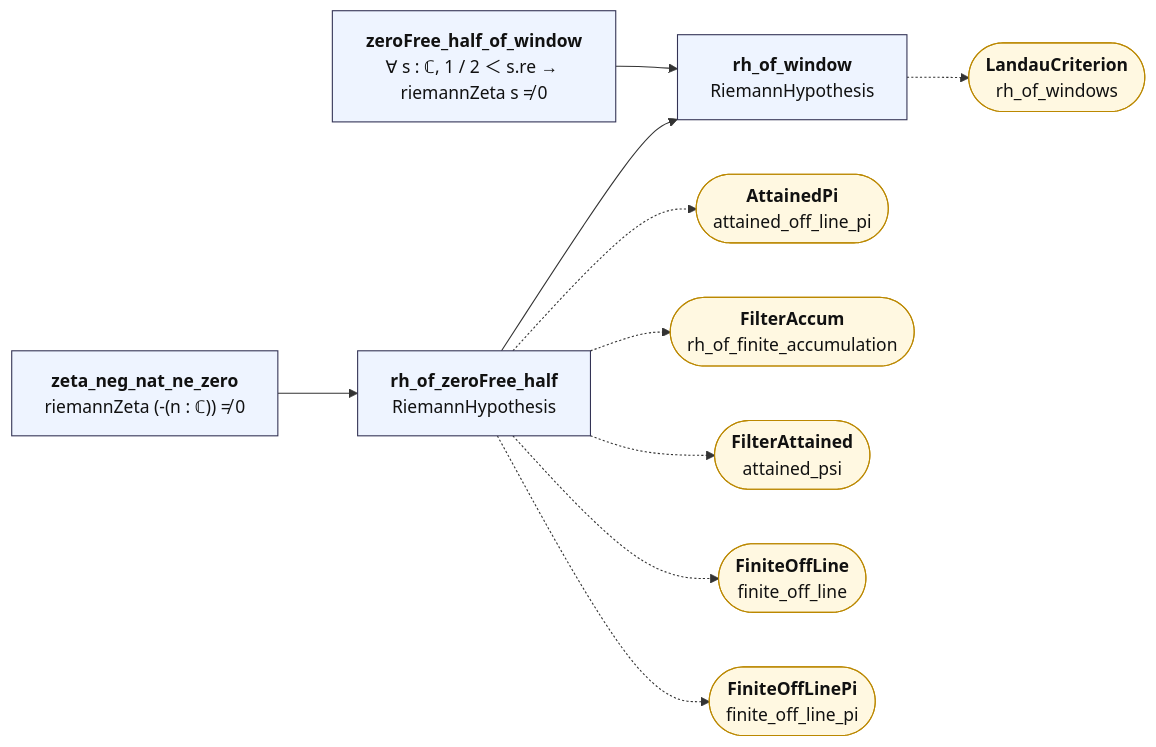
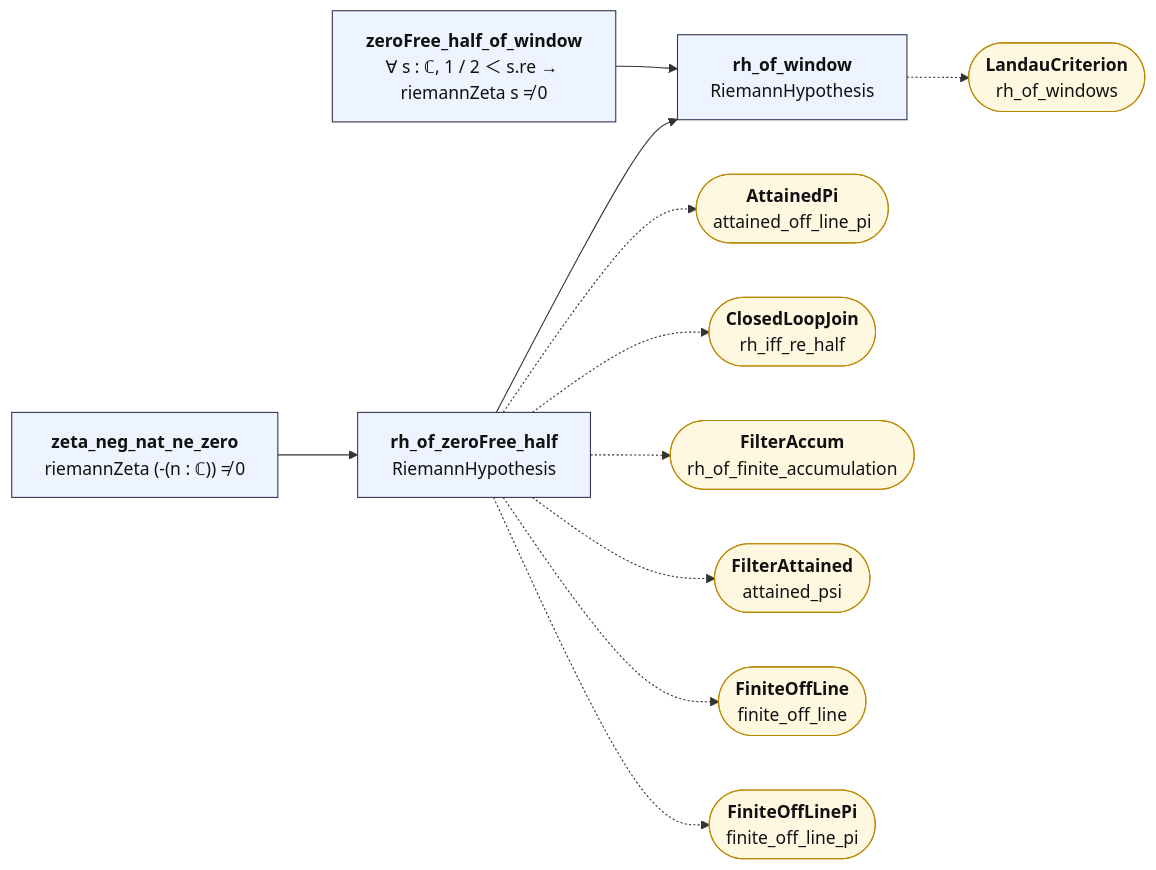
The diagram in map/lean_stage3/LandauWindow.md (juliansambranojr/Primebeat_081426), drawn with Mermaid before and after one commit. The commit also changed other lines of this file and 28 other files, not shown here.

````diff
--- a/map/lean_stage3/LandauWindow.md
+++ b/map/lean_stage3/LandauWindow.md
@@ -12,30 +12,32 @@
 ```mermaid
 flowchart LR
   n0["<b>zeta_neg_nat_ne_zero</b><br/>riemannZeta (-(n : ℂ)) ≠ 0"]:::thm
   n1["<b>rh_of_zeroFree_half</b><br/>RiemannHypothesis"]:::thm
   n2["<b>zeroFree_half_of_window</b><br/>∀ s : ℂ, 1 / 2 ＜ s.re → riemannZeta s ≠ 0"]:::thm
   n3["<b>rh_of_window</b><br/>RiemannHypothesis"]:::thm
   x0(["<b>AttainedPi</b><br/>attained_off_line_pi"]):::ext
-  x1(["<b>FilterAccum</b><br/>rh_of_finite_accumulation"]):::ext
-  x2(["<b>FilterAttained</b><br/>attained_psi"]):::ext
-  x3(["<b>FiniteOffLine</b><br/>finite_off_line"]):::ext
-  x4(["<b>FiniteOffLinePi</b><br/>finite_off_line_pi"]):::ext
-  x5(["<b>LandauCriterion</b><br/>rh_of_windows"]):::ext
+  x1(["<b>ClosedLoopJoin</b><br/>rh_iff_re_half"]):::ext
+  x2(["<b>FilterAccum</b><br/>rh_of_finite_accumulation"]):::ext
+  x3(["<b>FilterAttained</b><br/>attained_psi"]):::ext
+  x4(["<b>FiniteOffLine</b><br/>finite_off_line"]):::ext
+  x5(["<b>FiniteOffLinePi</b><br/>finite_off_line_pi"]):::ext
+  x6(["<b>LandauCriterion</b><br/>rh_of_windows"]):::ext
   n0 --> n1
   n1 --> n3
   n2 --> n3
   n1 -.-> x0
   n1 -.-> x1
   n1 -.-> x2
   n1 -.-> x3
   n1 -.-> x4
-  n3 -.-> x5
+  n1 -.-> x5
+  n3 -.-> x6
   classDef cnt fill:#dff5ec,stroke:#17694a,color:#111
   classDef shp fill:#f1ecfb,stroke:#5b3fa0,color:#111
   classDef rh fill:#ffe5e5,stroke:#c22,color:#111,stroke-width:2px
   classDef thm fill:#eef4ff,stroke:#335,color:#111
   classDef end_ fill:#e7f7e7,stroke:#2a7,color:#111,stroke-width:2px
   classDef lone fill:#fff,stroke:#999,color:#111,stroke-dasharray:4 3
   classDef bad fill:#ffe5e5,stroke:#c22,color:#111,stroke-width:2px
   classDef ext fill:#fff8e1,stroke:#b80,color:#111
 ```
````
